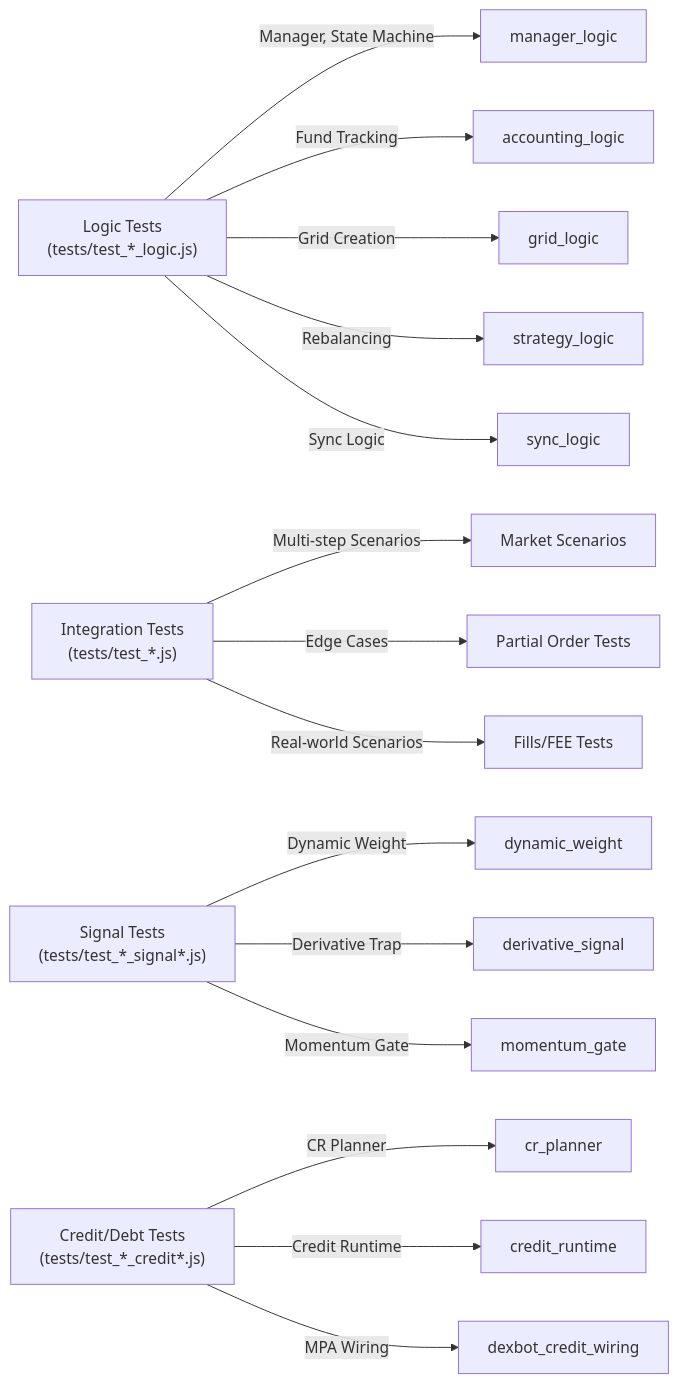
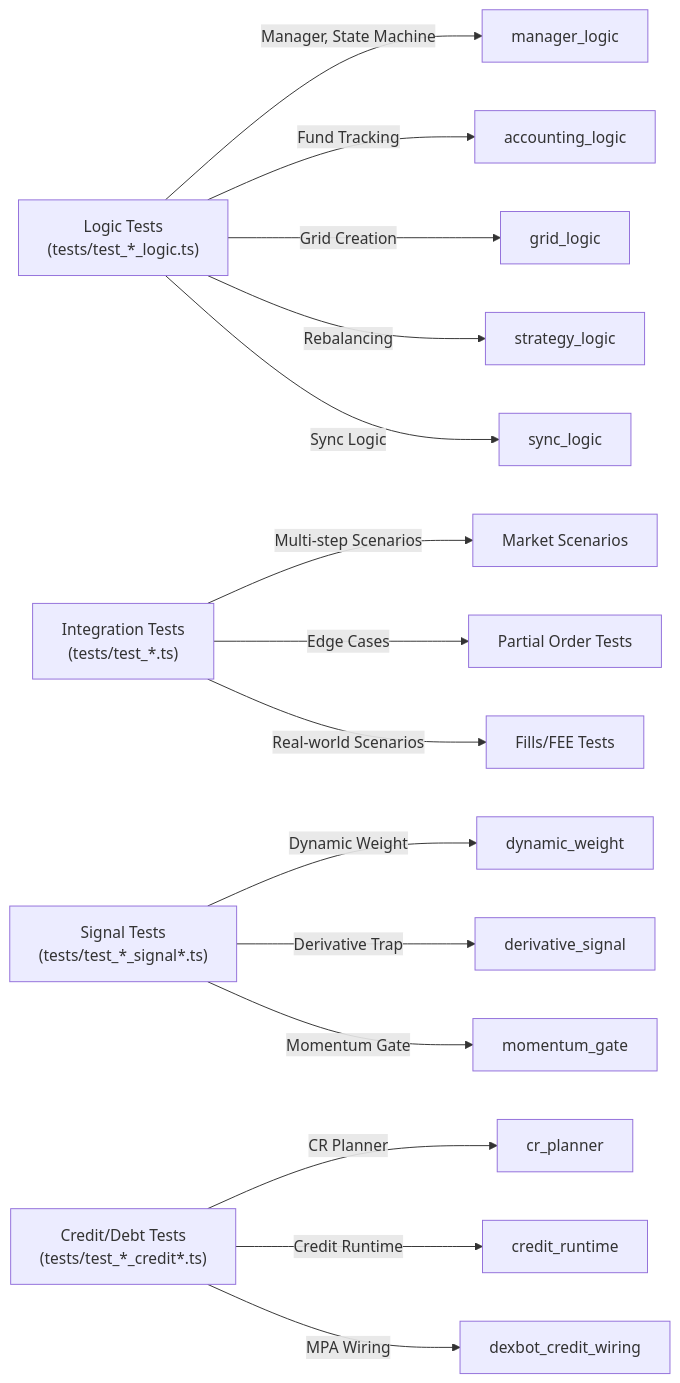
Before and after one commit to technologiespro/DEXBot2: diagram 13 of 13 in docs/architecture.md, drawn with Mermaid. The commit also changed other lines of this file and 36 other files, not shown here.

````diff
--- a/docs/architecture.md
+++ b/docs/architecture.md
@@ -1183,25 +1183,25 @@
 ```mermaid
 graph LR
-    A["Logic Tests<br/>(tests/test_*_logic.js)"]
-    B["Integration Tests<br/>(tests/test_*.js)"]
-    C["Signal Tests<br/>(tests/test_*_signal*.js)"]
-    D["Credit/Debt Tests<br/>(tests/test_*_credit*.js)"]
+    A["Logic Tests<br/>(tests/test_*_logic.ts)"]
+    B["Integration Tests<br/>(tests/test_*.ts)"]
+    C["Signal Tests<br/>(tests/test_*_signal*.ts)"]
+    D["Credit/Debt Tests<br/>(tests/test_*_credit*.ts)"]
 
     A -->|Manager, State Machine| A1["manager_logic"]
     A -->|Fund Tracking| A2["accounting_logic"]
     A -->|Grid Creation| A3["grid_logic"]
     A -->|Rebalancing| A4["strategy_logic"]
     A -->|Sync Logic| A5["sync_logic"]
 
     B -->|Multi-step Scenarios| B1["Market Scenarios"]
     B -->|Edge Cases| B2["Partial Order Tests"]
     B -->|Real-world Scenarios| B3["Fills/FEE Tests"]
 
     C -->|Dynamic Weight| C1["dynamic_weight"]
     C -->|Derivative Trap| C2["derivative_signal"]
     C -->|Momentum Gate| C3["momentum_gate"]
 
     D -->|CR Planner| D1["cr_planner"]
     D -->|Credit Runtime| D2["credit_runtime"]
     D -->|MPA Wiring| D3["dexbot_credit_wiring"]
 ```
````
